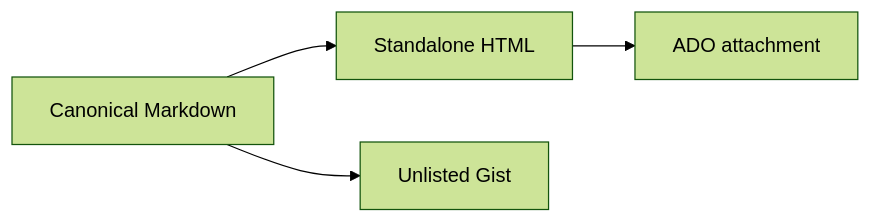
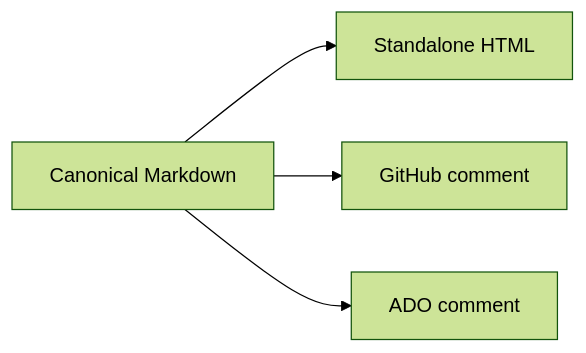
One commit to sandersaares/ss-ai changed the first of 2 diagrams in tests/fixtures/ReviewReport.md. Above: the diagram before and after it, drawn with Mermaid (forest theme). The commit also changed other lines of this file and 25 other files, not shown here.

````diff
--- a/tests/fixtures/ReviewReport.md
+++ b/tests/fixtures/ReviewReport.md
@@ -9,6 +9,6 @@
 ```mermaid
 flowchart LR
     Source["Canonical Markdown"] --> HTML["Standalone HTML"]
-    Source --> Gist["Unlisted Gist"]
-    HTML --> ADO["ADO attachment"]
+    Source --> GitHub["GitHub comment"]
+    Source --> ADO["ADO comment"]
 ```
````
